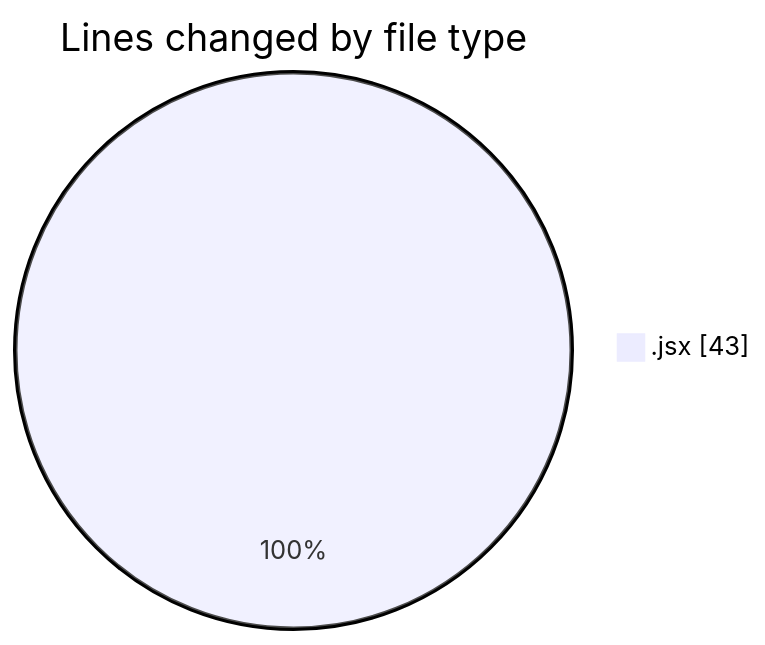
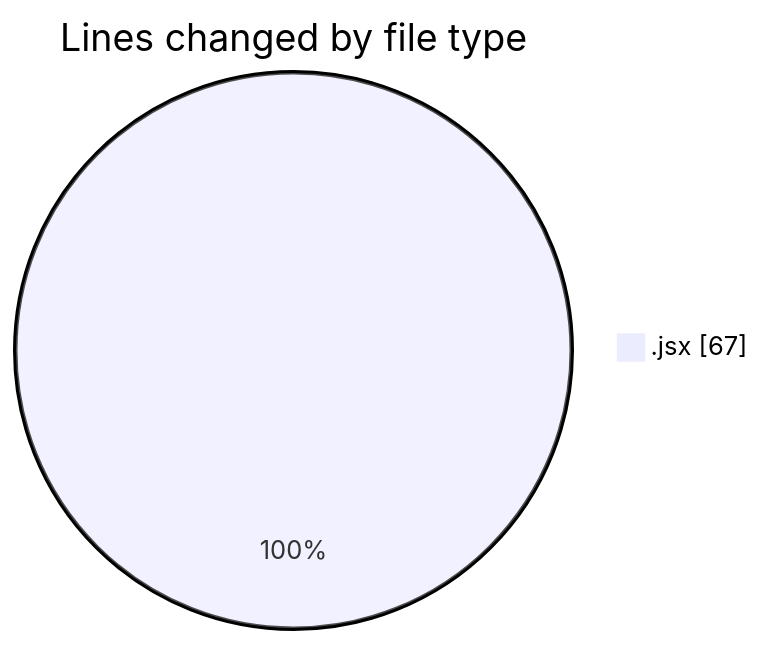
Before and after one commit to nxtqubesakshisongat/code-tracking: the first of 2 diagrams in 2025-10-09/nxtqube_webapp/README.md, drawn with Mermaid. The commit also changed other lines of this file and 1 other file, not shown here.

````diff
--- a/2025-10-09/nxtqube_webapp/README.md
+++ b/2025-10-09/nxtqube_webapp/README.md
@@ -20,5 +20,5 @@
 ```mermaid
 pie showData
 title Lines changed by file type
-".jsx" : 43
+".jsx" : 67
 ```
````
